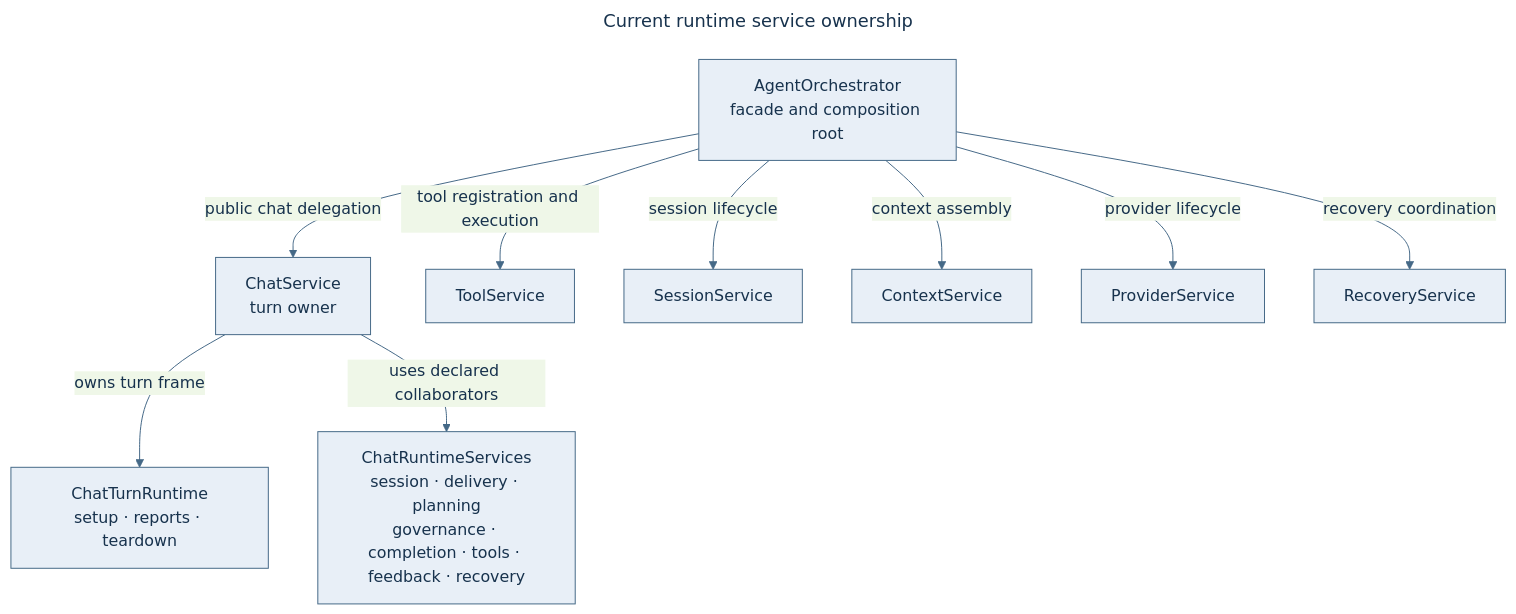
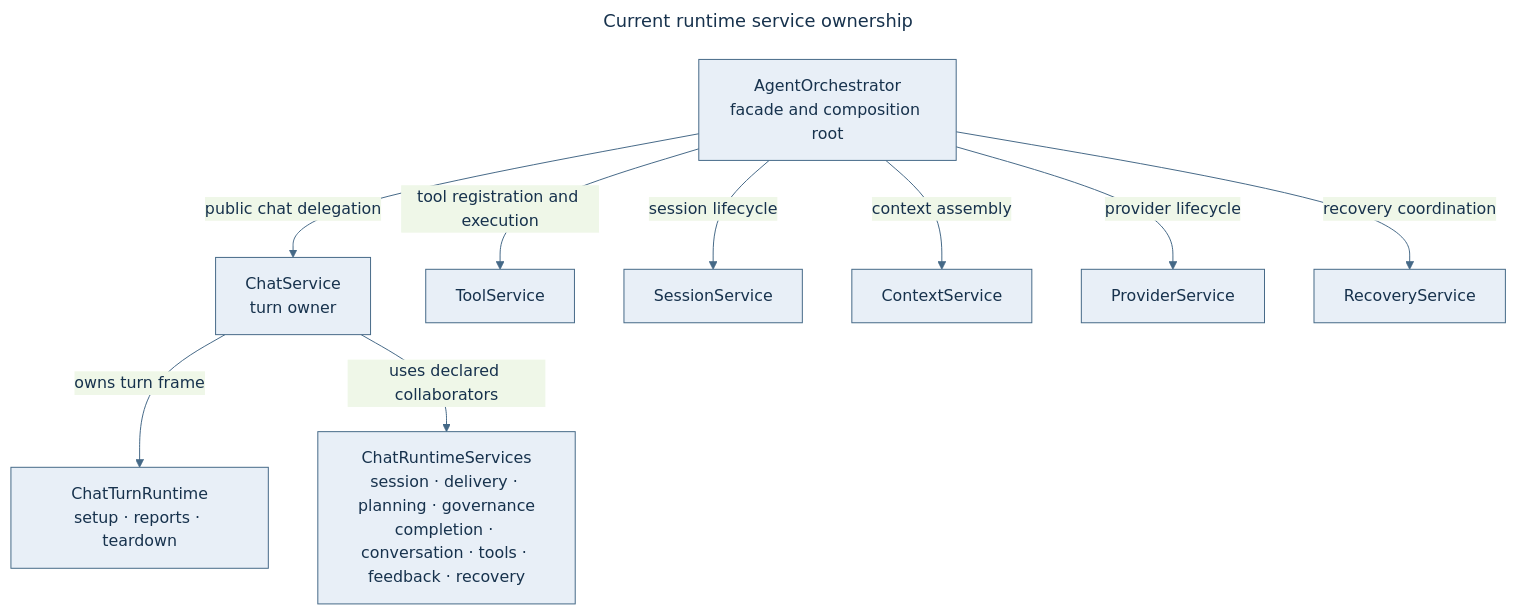
One commit to anvai-labs/victor changed the second of 12 diagrams in docs/architecture.md. Above: the diagram before and after it, drawn with Mermaid. The commit also changed other lines of this file and 14 other files, not shown here.

````diff
--- a/docs/architecture.md
+++ b/docs/architecture.md
@@ -138,24 +139,24 @@
 ```mermaid
 ---
 title: Current runtime service ownership
 ---
 %%{init: {"theme":"base","themeVariables":{"primaryColor":"#E8EFF7","primaryTextColor":"#17324D","primaryBorderColor":"#456987","lineColor":"#456987","fontFamily":"Arial"}}}%%
 flowchart TB
   O["AgentOrchestrator<br/>facade and composition root"]
   C["ChatService<br/>turn owner"]
   F["ChatTurnRuntime<br/>setup · reports · teardown"]
-  V["ChatRuntimeServices<br/>session · delivery · planning<br/>governance · completion · tools · feedback · recovery"]
+  V["ChatRuntimeServices<br/>session · delivery · planning · governance<br/>completion · conversation · tools · feedback · recovery"]
   T["ToolService"]
   S["SessionService"]
   X["ContextService"]
   P["ProviderService"]
   R["RecoveryService"]
   O -->|"public chat delegation"| C
   C -->|"owns turn frame"| F
   C -->|"uses declared collaborators"| V
   O -->|"tool registration and execution"| T
   O -->|"session lifecycle"| S
   O -->|"context assembly"| X
   O -->|"provider lifecycle"| P
   O -->|"recovery coordination"| R
 ```
````
